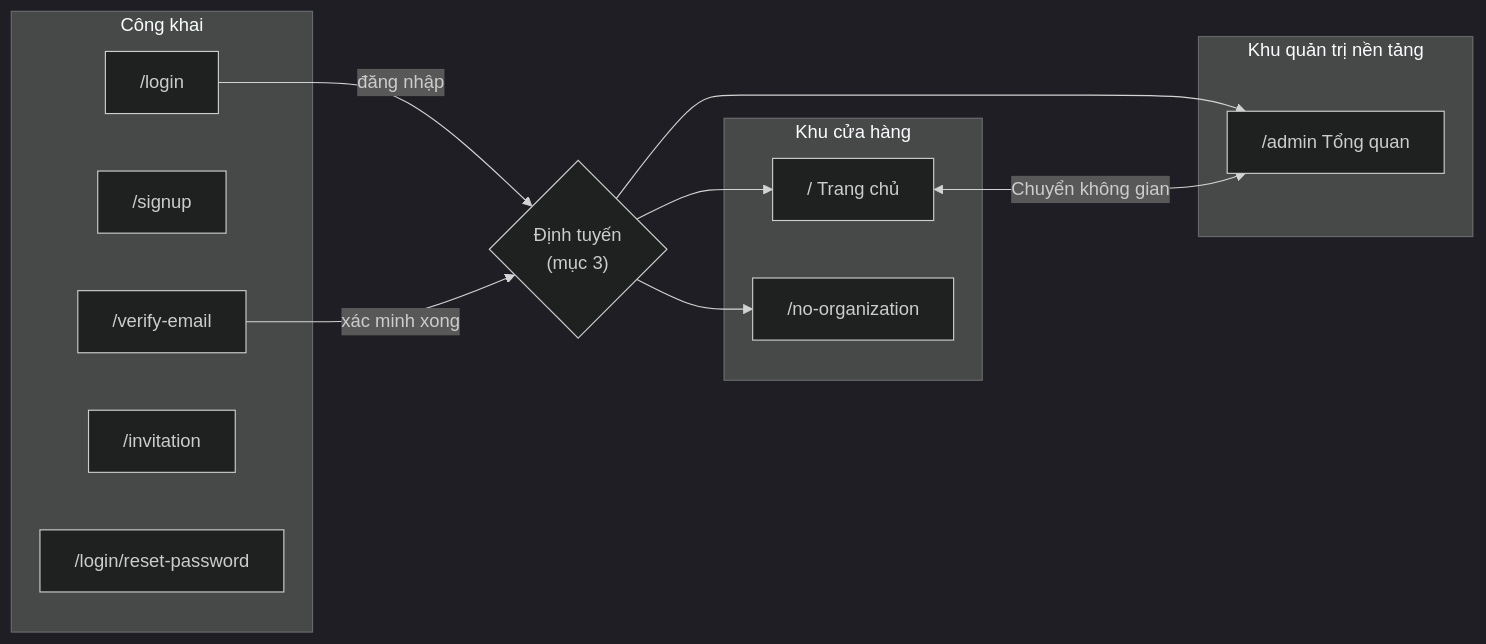
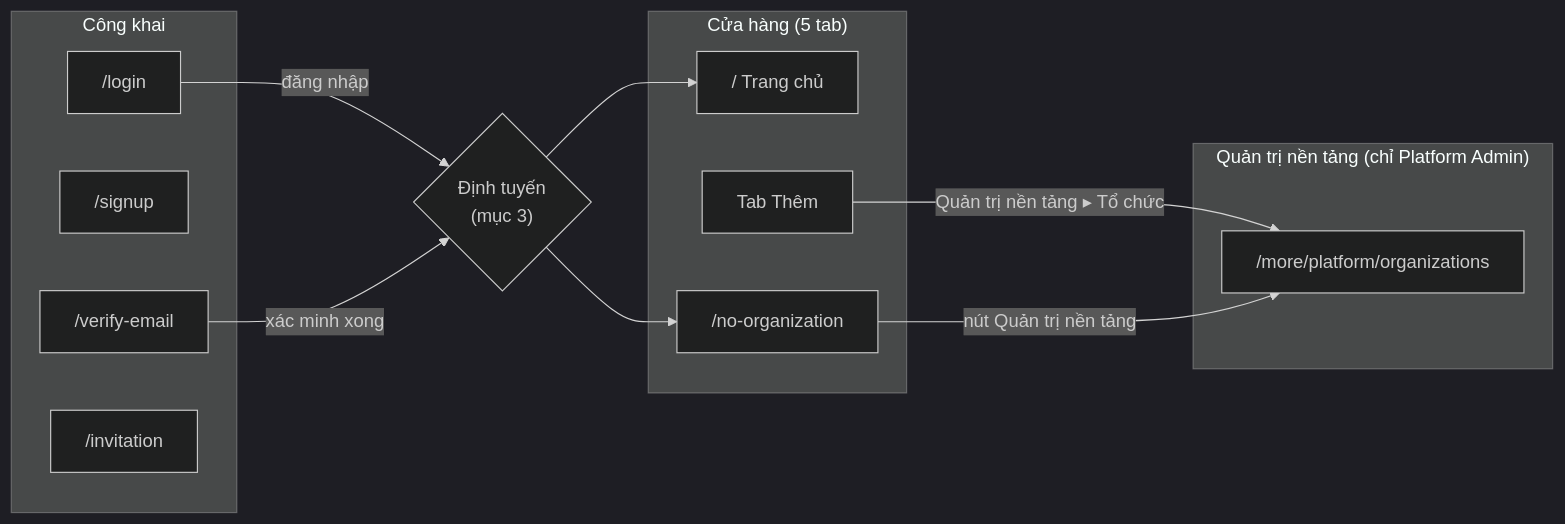
Before and after one commit to DsChien102/erp-sales-inventory: the first of 5 diagrams in docs/02-yeu-cau/LUONG-UNG-DUNG.md, drawn with Mermaid (dark theme). The commit also changed other lines of this file and 5 other files, not shown here.

First line of the commit message:
docs: choose option A for platform admin (organization management in More tab)

````diff
--- a/docs/02-yeu-cau/LUONG-UNG-DUNG.md
+++ b/docs/02-yeu-cau/LUONG-UNG-DUNG.md
@@ -22,23 +23,23 @@
 ```mermaid
 flowchart LR
   subgraph PUB["Công khai"]
     L["/login"]
     S["/signup"]
     V["/verify-email"]
     I["/invitation"]
-    R["/login/reset-password"]
   end
-  subgraph STORE["Khu cửa hàng"]
+  subgraph STORE["Cửa hàng (5 tab)"]
     H["/ Trang chủ"]
+    M["Tab Thêm"]
     N["/no-organization"]
   end
-  subgraph ADMIN["Khu quản trị nền tảng"]
-    A["/admin Tổng quan"]
+  subgraph PLAT["Quản trị nền tảng (chỉ Platform Admin)"]
+    O["/more/platform/organizations"]
   end
   L -->|"đăng nhập"| ROUTE{"Định tuyến<br/>(mục 3)"}
   V -->|"xác minh xong"| ROUTE
   ROUTE --> H
   ROUTE --> N
-  ROUTE --> A
-  H <-->|"Chuyển không gian"| A
+  M -->|"Quản trị nền tảng ▸ Tổ chức"| O
+  N -->|"nút Quản trị nền tảng"| O
 ```
````
